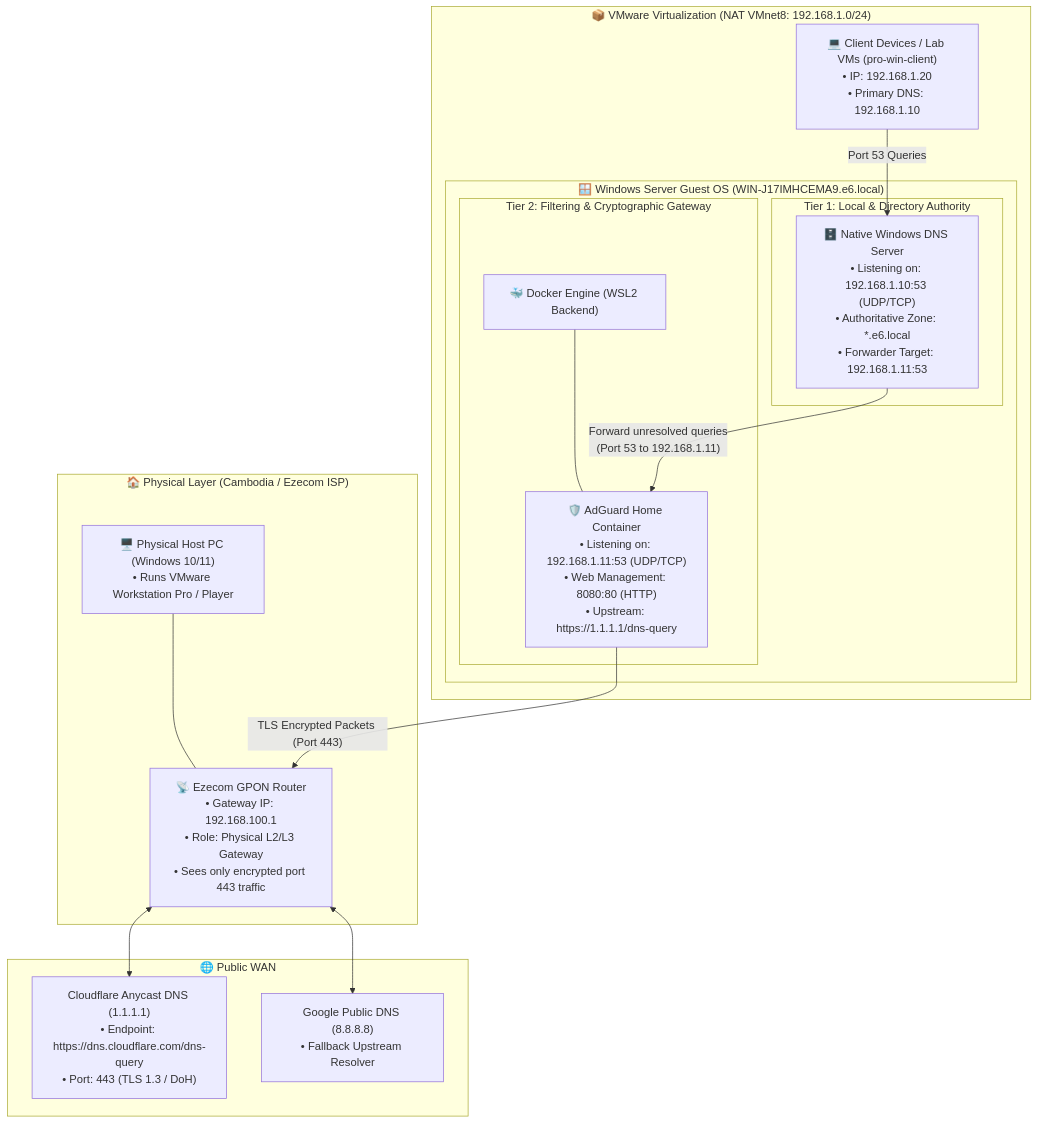
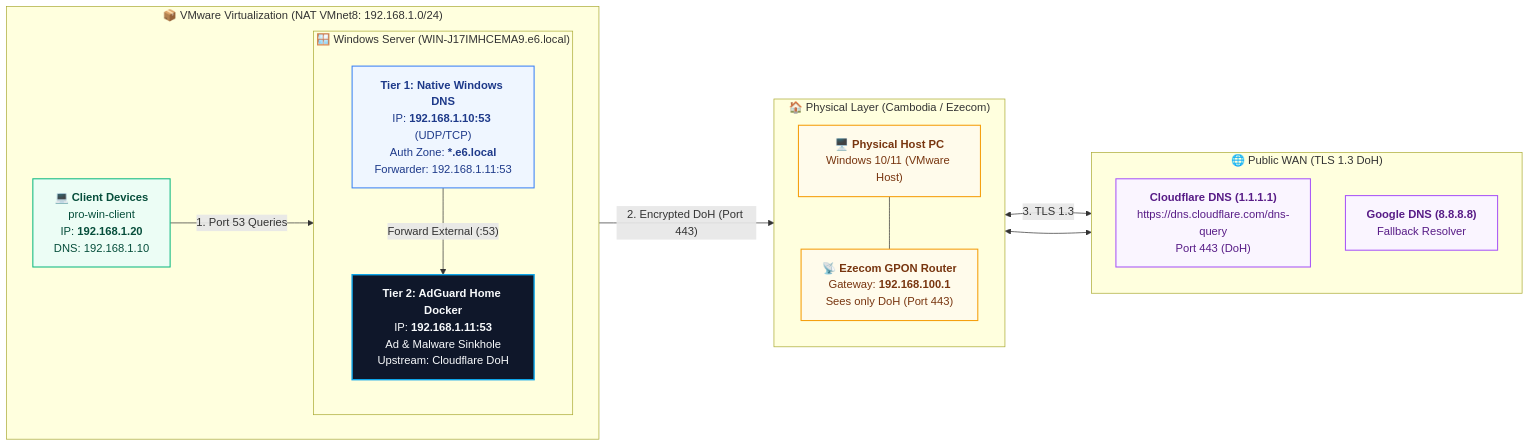
Before and after one commit to seang454/window-server-deploymennt: the first of 5 diagrams in dns-architecture.md, drawn with Mermaid. The commit also changed other lines of this file and 10 other files, not shown here.

````diff
--- a/dns-architecture.md
+++ b/dns-architecture.md
@@ -26,38 +26,42 @@
 ```mermaid
-flowchart TD
-    subgraph Internet ["🌐 Public WAN"]
-        Cloudflare["Cloudflare Anycast DNS (1.1.1.1)\n• Endpoint: https://dns.cloudflare.com/dns-query\n• Port: 443 (TLS 1.3 / DoH)"]
-        Google["Google Public DNS (8.8.8.8)\n• Fallback Upstream Resolver"]
+flowchart LR
+    %% Styling Definitions
+    classDef client fill:#ECFDF5,stroke:#10B981,stroke-width:1.5px,color:#064E3B;
+    classDef server fill:#EFF6FF,stroke:#3B82F6,stroke-width:1.5px,color:#1E3A8A;
+    classDef docker fill:#0F172A,stroke:#0EA5E9,stroke-width:2px,color:#F8FAFC;
+    classDef phys fill:#FFFBEB,stroke:#F59E0B,stroke-width:1.5px,color:#78350F;
+    classDef wan fill:#FAF5FF,stroke:#A855F7,stroke-width:1.5px,color:#581C87;
+
+    subgraph VMwareLayer ["📦 VMware Virtualization (NAT VMnet8: 192.168.1.0/24)"]
+        direction LR
+
+        ClientVM["<b>💻 Client Devices</b><br/>pro-win-client<br/>IP: <b>192.168.1.20</b><br/>DNS: 192.168.1.10"]:::client
+
+        subgraph WinServerVM ["🪟 Windows Server (WIN-J17IMHCEMA9.e6.local)"]
+            direction TB
+            WinDNS["<b>Tier 1: Native Windows DNS</b><br/>IP: <b>192.168.1.10:53</b> (UDP/TCP)<br/>Auth Zone: <b>*.e6.local</b><br/>Forwarder: 192.168.1.11:53"]:::server
+            AdGuard["<b>Tier 2: AdGuard Home Docker</b><br/>IP: <b>192.168.1.11:53</b><br/>Ad & Malware Sinkhole<br/>Upstream: Cloudflare DoH"]:::docker
+            WinDNS -->|"Forward External (:53)"| AdGuard
+        end
+
     end
 
-    subgraph PhysicalEnvironment ["🏠 Physical Layer (Cambodia / Ezecom ISP)"]
-        EzecomGPON["📡 Ezecom GPON Router\n• Gateway IP: 192.168.100.1\n• Role: Physical L2/L3 Gateway\n• Sees only encrypted port 443 traffic"]
-        PhysicalHost["🖥️ Physical Host PC (Windows 10/11)\n• Runs VMware Workstation Pro / Player"]
+    subgraph PhysicalEnvironment ["🏠 Physical Layer (Cambodia / Ezecom)"]
+        direction TB
+        PhysicalHost["<b>🖥️ Physical Host PC</b><br/>Windows 10/11 (VMware Host)"]:::phys
+        EzecomGPON["<b>📡 Ezecom GPON Router</b><br/>Gateway: <b>192.168.100.1</b><br/>Sees only DoH (Port 443)"]:::phys
+        PhysicalHost --- EzecomGPON
     end
 
-    subgraph VMwareLayer ["📦 VMware Virtualization (NAT VMnet8: 192.168.1.0/24)"]
-        subgraph WinServerVM ["🪟 Windows Server Guest OS (WIN-J17IMHCEMA9.e6.local)"]
-            
-            subgraph Tier1 ["Tier 1: Local & Directory Authority"]
-                WinDNS["🗄️ Native Windows DNS Server\n• Listening on: 192.168.1.10:53 (UDP/TCP)\n• Authoritative Zone: *.e6.local\n• Forwarder Target: 192.168.1.11:53"]
-            end
-
-            subgraph Tier2 ["Tier 2: Filtering & Cryptographic Gateway"]
-                DockerDaemon["🐳 Docker Engine (WSL2 Backend)"]
-                AdGuard["🛡️ AdGuard Home Container\n• Listening on: 192.168.1.11:53 (UDP/TCP)\n• Web Management: 8080:80 (HTTP)\n• Upstream: https://1.1.1.1/dns-query"]
-                DockerDaemon --- AdGuard
-            end
-
-            WinDNS -- "Forward unresolved queries\n(Port 53 to 192.168.1.11)" --> AdGuard
-        end
-
-        ClientVM["💻 Client Devices / Lab VMs (pro-win-client)\n• IP: 192.168.1.20\n• Primary DNS: 192.168.1.10"]
+    subgraph Internet ["🌐 Public WAN (TLS 1.3 DoH)"]
+        direction TB
+        Cloudflare["<b>Cloudflare DNS (1.1.1.1)</b><br/>https://dns.cloudflare.com/dns-query<br/>Port 443 (DoH)"]:::wan
+        Google["<b>Google DNS (8.8.8.8)</b><br/>Fallback Resolver"]:::wan
     end
 
-    %% Network links
-    PhysicalHost --- EzecomGPON
-    EzecomGPON <--> Cloudflare
+    %% Network flows
+    ClientVM -->|"1. Port 53 Queries"| WinDNS
+    AdGuard -->|"2. Encrypted DoH (Port 443)"| EzecomGPON
+    EzecomGPON <-->|"3. TLS 1.3"| Cloudflare
     EzecomGPON <--> Google
-    ClientVM -- "Port 53 Queries" --> WinDNS
-    AdGuard -- "TLS Encrypted Packets (Port 443)" --> EzecomGPON
 ```
````
